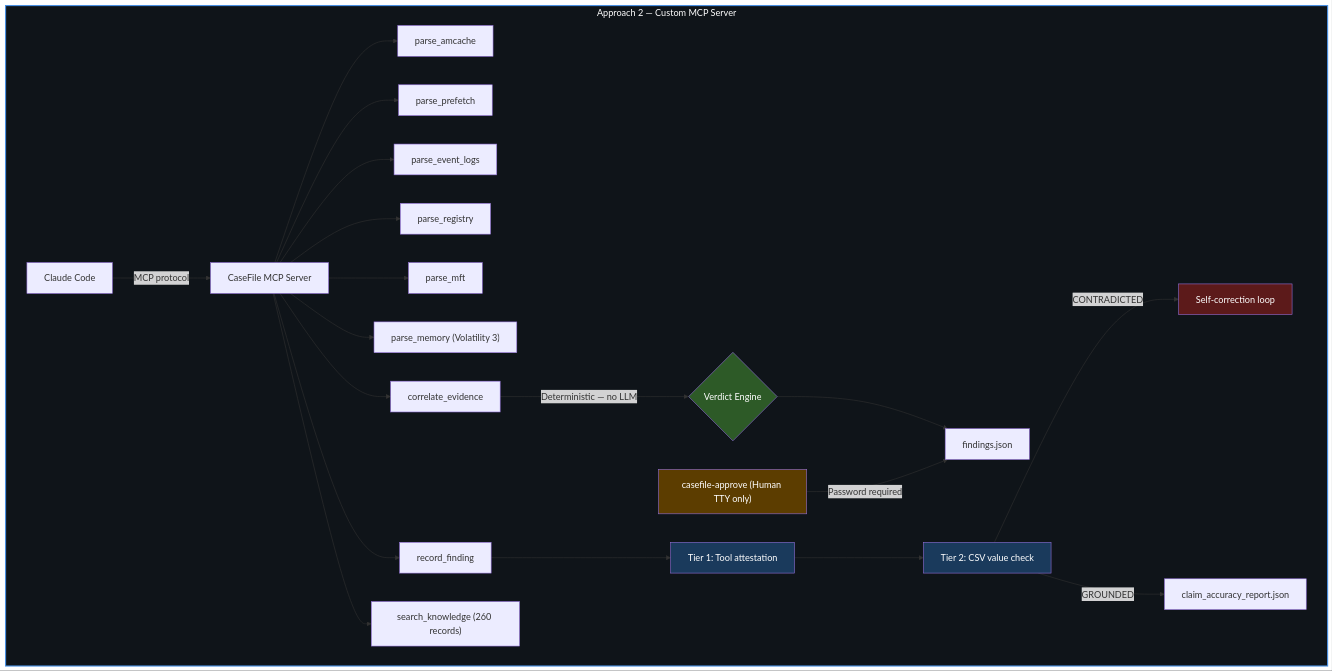
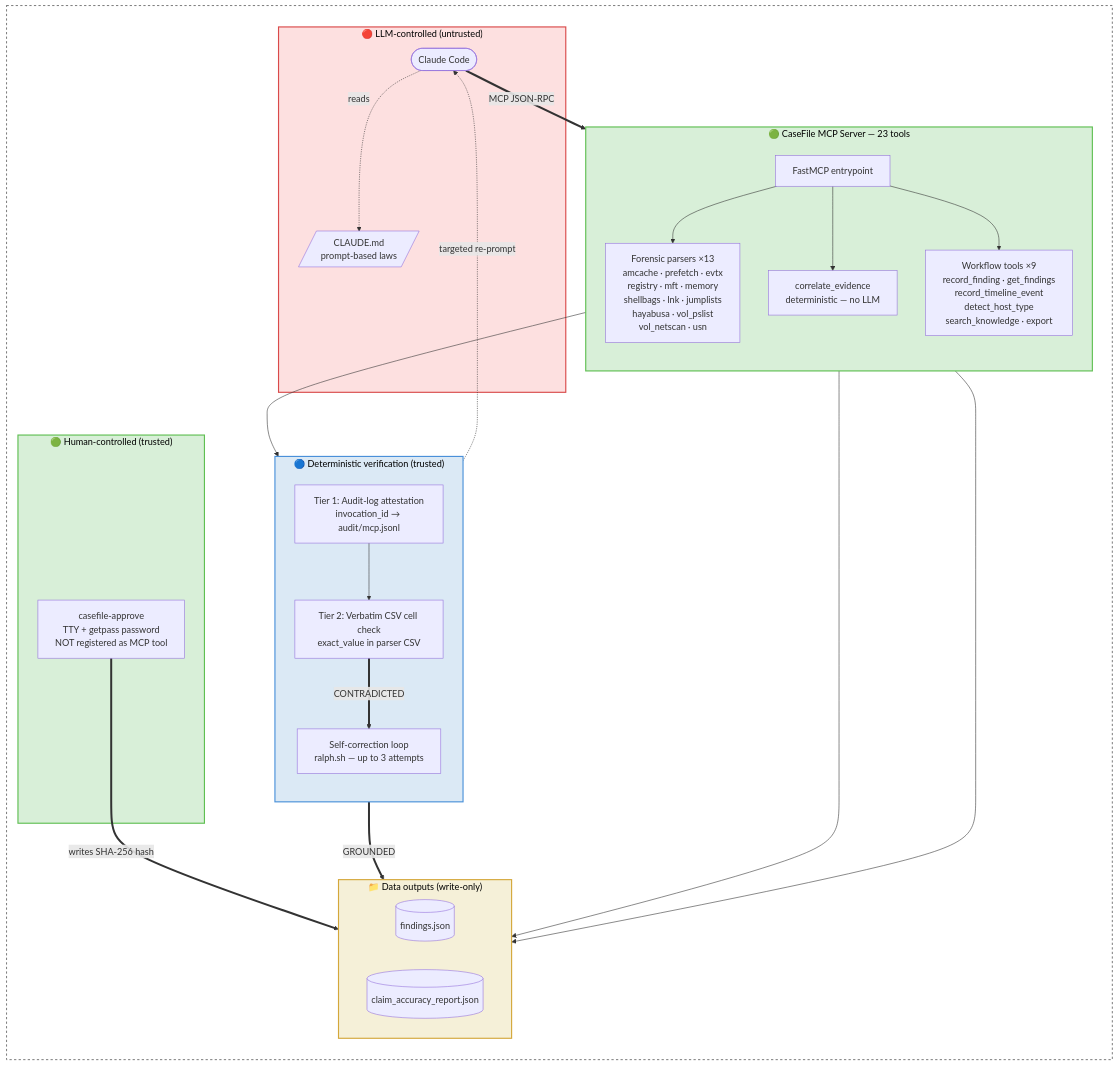
The diagram in README.md (nurusyda/casefile), drawn with Mermaid before and after one commit. The commit also changed other lines of this file and 1 other file, not shown here.

Commit message:
docs: sync README mermaid to match standalone architecture PNG (5 trust zones); add manual_verification walkthrough

````diff
--- a/README.md
+++ b/README.md
@@ -257,28 +257,65 @@
 ```mermaid
-graph TD
-    subgraph S["Approach 2 — Custom MCP Server"]
-    A[Claude Code] -->|MCP protocol| B[CaseFile MCP Server]
-    B --> C[parse_amcache]
-    B --> D[parse_prefetch]
-    B --> E[parse_event_logs]
-    B --> F[parse_registry]
-    B --> G[parse_mft]
-    B --> H["parse_memory (Volatility 3)"]
-    B --> I[correlate_evidence]
-    B --> J[record_finding]
-    B --> K["search_knowledge (260 records)"]
-    I -->|"Deterministic — no LLM"| L{Verdict Engine}
-    L --> M[findings.json]
-    J --> N["Tier 1: Tool attestation"]
-    N --> O["Tier 2: CSV value check"]
-    O -->|CONTRADICTED| P["Self-correction loop"]
-    O -->|GROUNDED| Q[claim_accuracy_report.json]
-    R["casefile-approve (Human TTY only)"] -->|Password required| M
+%%{init: {'theme':'default', 'themeVariables': {'fontFamily':'system-ui'}}}%%
+flowchart TB
+
+    subgraph PATTERN[" "]
+        direction TB
+
+        subgraph LLM["🔴 LLM-controlled (untrusted)"]
+            A([Claude Code])
+            CL[/"CLAUDE.md<br/>prompt-based laws"/]
+        end
+
+        subgraph MCPS["🟢 CaseFile MCP Server — 23 tools"]
+            direction TB
+            B[FastMCP entrypoint]
+            FP["Forensic parsers ×13<br/>amcache · prefetch · evtx<br/>registry · mft · memory<br/>shellbags · lnk · jumplists<br/>hayabusa · vol_pslist<br/>vol_netscan · usn"]
+            CE["correlate_evidence<br/>deterministic — no LLM"]
+            FW["Workflow tools ×9<br/>record_finding · get_findings<br/>record_timeline_event<br/>detect_host_type<br/>search_knowledge · export"]
+        end
+
+        subgraph VERIF["🔵 Deterministic verification (trusted)"]
+            direction TB
+            T1["Tier 1: Audit-log attestation<br/>invocation_id → audit/mcp.jsonl"]
+            T2["Tier 2: Verbatim CSV cell check<br/>exact_value in parser CSV"]
+            SC["Self-correction loop<br/>ralph.sh — up to 3 attempts"]
+        end
+
+        subgraph HUMAN["🟢 Human-controlled (trusted)"]
+            AP["casefile-approve<br/>TTY + getpass password<br/>NOT registered as MCP tool"]
+        end
+
+        subgraph DATA["📁 Data outputs (write-only)"]
+            direction LR
+            FJ[(findings.json)]
+            AR[(claim_accuracy_report.json)]
+        end
+
     end
-    style L fill:#2d5a27,color:#fff
-    style N fill:#1a3a5c,color:#fff
-    style O fill:#1a3a5c,color:#fff
-    style P fill:#5c1a1a,color:#fff
-    style R fill:#5c3d00,color:#fff
-    style S fill:#0f1419,color:#fff,stroke:#4a90e2,stroke-width:2px
+
+    A == "MCP JSON-RPC" ==> B
+    A -. reads .-> CL
+    B --> FP
+    B --> CE
+    B --> FW
+    CE --> FJ
+    FW --> FJ
+    FP --> T1
+    T1 --> T2
+    T2 == GROUNDED ==> AR
+    T2 == CONTRADICTED ==> SC
+    SC -. "targeted re-prompt" .-> A
+    AP == "writes SHA-256 hash" ==> FJ
+
+    classDef untrustedZone fill:#fde0e0,stroke:#d94a4a,stroke-width:2px,color:#000
+    classDef archZone fill:#d8efd8,stroke:#5fbf52,stroke-width:2px,color:#000
+    classDef determZone fill:#dbe9f5,stroke:#4a90d9,stroke-width:2px,color:#000
+    classDef dataZone fill:#f5f0d8,stroke:#d4a73a,stroke-width:2px,color:#000
+    classDef outerZone fill:transparent,stroke:#666,stroke-width:1.5px,color:#222,stroke-dasharray:4 4
+
+    class LLM untrustedZone
+    class MCPS,HUMAN archZone
+    class VERIF determZone
+    class DATA dataZone
+    class PATTERN outerZone
 ```
````
